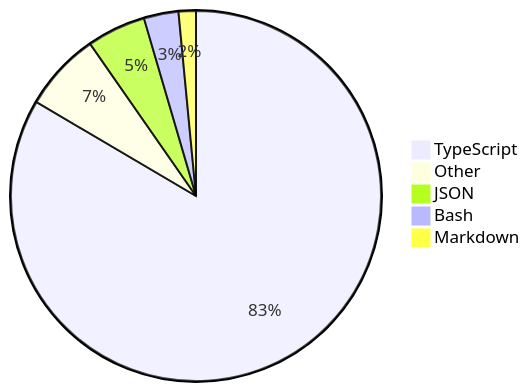
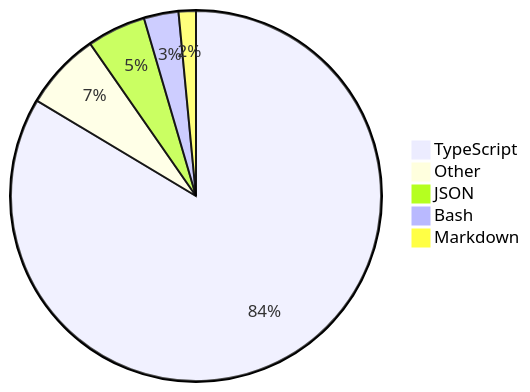
The diagram in README.md (skvggor/skvggor), drawn with Mermaid before and after one commit.

Commit message:
Updated waka-readme graph with new metrics

````diff
--- a/README.md
+++ b/README.md
@@ -28,8 +28,8 @@
 ```mermaid
 pie
-    "TypeScript" : 82.8
-    "Other" : 6.8
+    "TypeScript" : 83.0
+    "Other" : 6.7
     "JSON" : 5.1
     "Bash" : 3.0
     "Markdown" : 1.5
 ```
````
